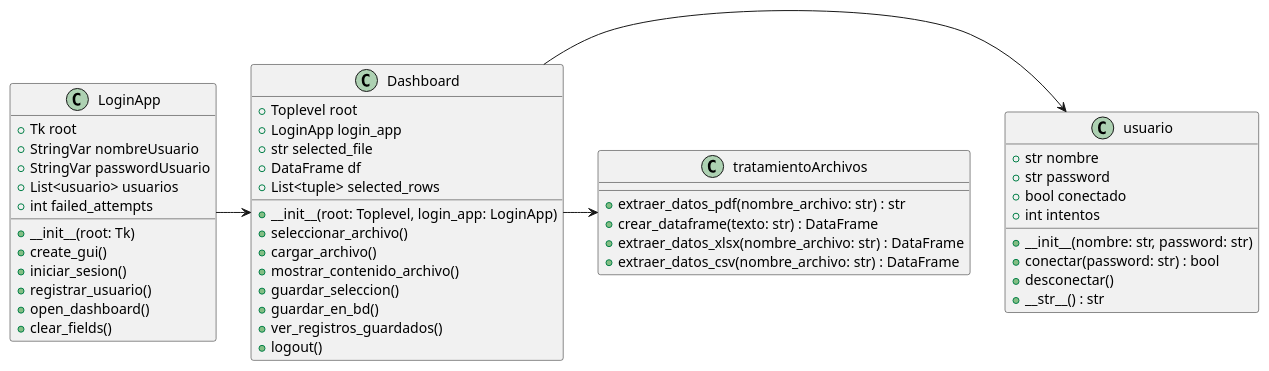
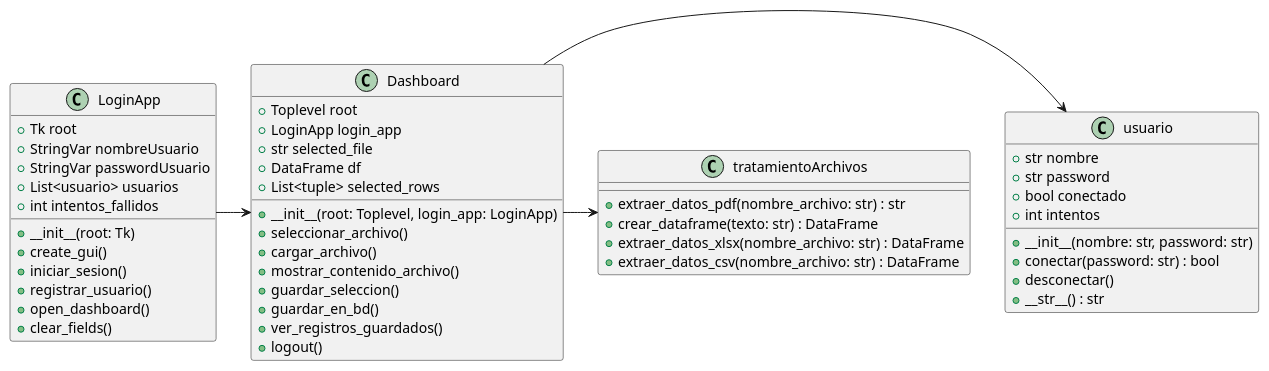
Before and after one commit to Nicokac/TP1---dise-o-de-sistemas-1: the diagram in DiagramadeClases.plantuml, drawn with PlantUML. The commit also changed 2 other files, not shown here.

```diff
--- a/DiagramadeClases.plantuml
+++ b/DiagramadeClases.plantuml
@@ -1,56 +1,56 @@
 @startuml Diagrama de clases TP1 - Diseño de sistemas 1
 
 class LoginApp {
     +Tk root
     +StringVar nombreUsuario
     +StringVar passwordUsuario
     +List<usuario> usuarios
-    +int failed_attempts
+    +int intentos_fallidos
     +__init__(root: Tk)
     +create_gui()
     +iniciar_sesion()
     +registrar_usuario()
     +open_dashboard()
     +clear_fields()
 }
 
 class Dashboard {
     +Toplevel root
     +LoginApp login_app
     +str selected_file
     +DataFrame df
     +List<tuple> selected_rows
     +__init__(root: Toplevel, login_app: LoginApp)
     +seleccionar_archivo()
     +cargar_archivo()
     +mostrar_contenido_archivo()
     +guardar_seleccion()
     +guardar_en_bd()
     +ver_registros_guardados()
     +logout()
 }
 
 class usuario {
     +str nombre
     +str password
     +bool conectado
     +int intentos
     +__init__(nombre: str, password: str)
     +conectar(password: str) : bool
     +desconectar()
     +__str__() : str
 }
 
 class tratamientoArchivos {
     +extraer_datos_pdf(nombre_archivo: str) : str
     +crear_dataframe(texto: str) : DataFrame
     +extraer_datos_xlsx(nombre_archivo: str) : DataFrame
     +extraer_datos_csv(nombre_archivo: str) : DataFrame
 }
 
 LoginApp -> Dashboard
 Dashboard -> usuario
 Dashboard -> tratamientoArchivos
 
 
 @enduml
```
